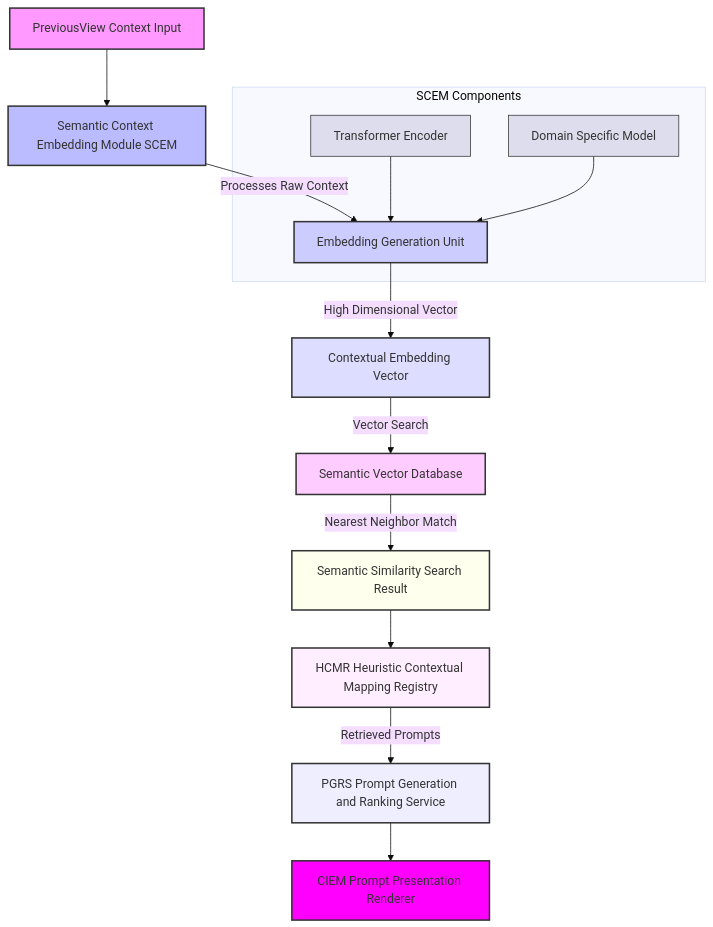
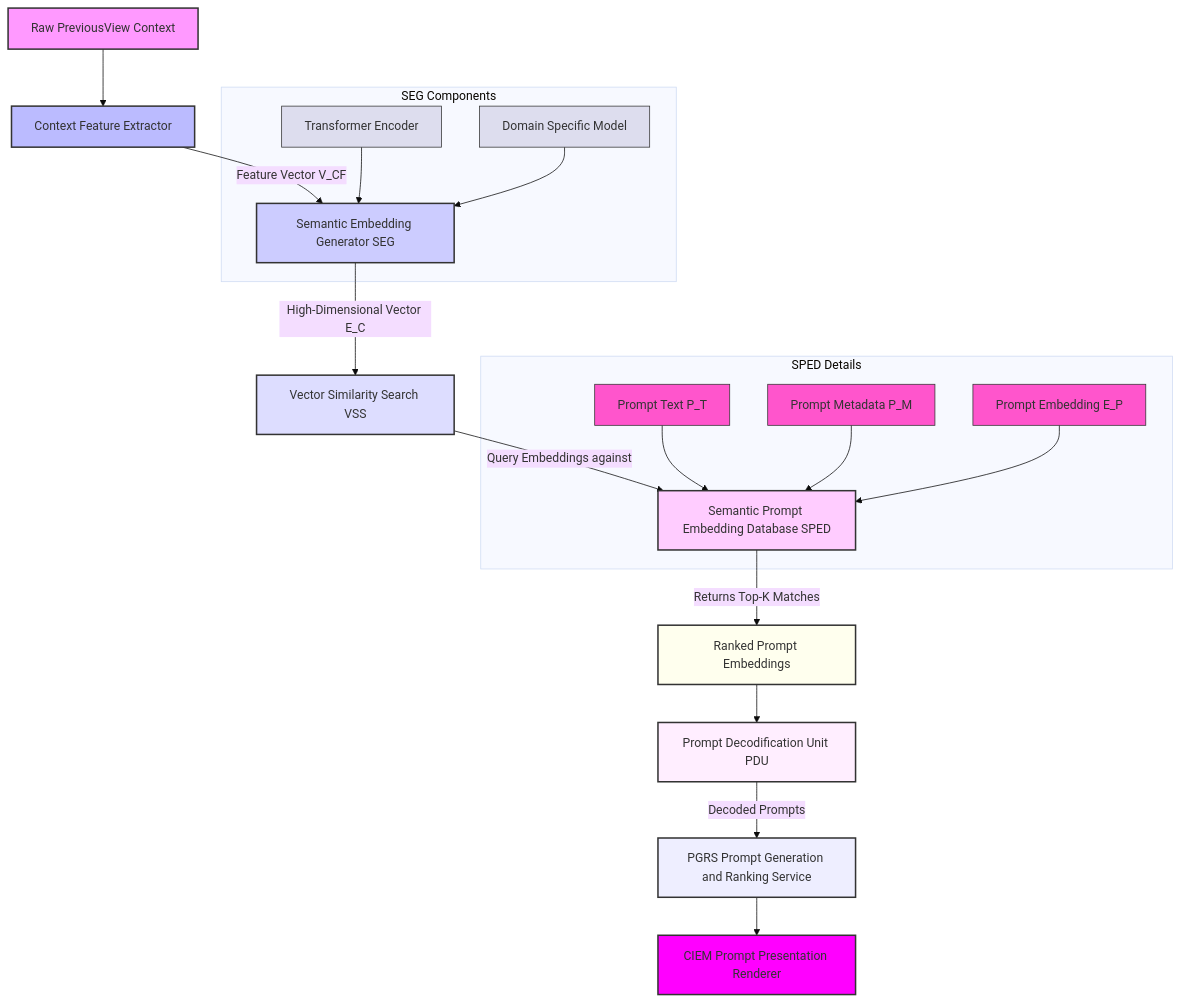
The sixth of 14 diagrams in inventions/002_ai_contextual_prompt_suggestion.md (diplomat-bit/Citibank_Demo_Business_Inc_Demonstration-), drawn with Mermaid (base theme) before and after one commit. The commit also changed other lines of this file, not shown here.

Commit message:
[AI] Edit: inventions/002_ai_contextual_prompt_suggestion.md

````diff
--- a/inventions/002_ai_contextual_prompt_suggestion.md
+++ b/inventions/002_ai_contextual_prompt_suggestion.md
@@ -313,28 +379,40 @@
 ```mermaid
 graph TD
-    A[PreviousView Context Input] --> B[Semantic Context Embedding Module SCEM]
-    B -- Processes Raw Context --> C[Embedding Generation Unit]
-    C -- High Dimensional Vector --> D[Contextual Embedding Vector]
-    D -- Vector Search --> E[Semantic Vector Database]
-    E -- Nearest Neighbor Match --> F[Semantic Similarity Search Result]
-    F --> G[HCMR Heuristic Contextual Mapping Registry]
-    G -- Retrieved Prompts --> H[PGRS Prompt Generation and Ranking Service]
+    A[Raw PreviousView Context] --> B[Context Feature Extractor]
+    B -- Feature Vector V_CF --> C[Semantic Embedding Generator SEG]
+    C -- High-Dimensional Vector E_C --> D[Vector Similarity Search VSS]
+    D -- Query Embeddings against --> E[Semantic Prompt Embedding Database SPED]
+    E -- Returns Top-K Matches --> F[Ranked Prompt Embeddings]
+    F --> G[Prompt Decodification Unit PDU]
+    G -- Decoded Prompts --> H[PGRS Prompt Generation and Ranking Service]
     H --> I[CIEM Prompt Presentation Renderer]
 
-    subgraph SCEM Components
-        C1[Transformer Encoder] --> C
-        C2[Domain Specific Model] --> C
+    subgraph SEG Components
+        C1[Transformer Encoder]
+        C2[Domain Specific Model]
+        C1 --> C
+        C2 --> C
+    end
+
+    subgraph SPED Details
+        E1[Prompt Text P_T]
+        E2[Prompt Metadata P_M]
+        E3[Prompt Embedding E_P]
+        E1 & E2 & E3 --> E
     end
 
     style A fill:#f9f,stroke:#333,stroke-width:2px
     style B fill:#bbf,stroke:#333,stroke-width:2px
     style C fill:#ccf,stroke:#333,stroke-width:2px
     style D fill:#ddf,stroke:#333,stroke-width:2px
     style E fill:#fcf,stroke:#333,stroke-width:2px
     style F fill:#ffe,stroke:#333,stroke-width:2px
-    style G fill:#fef,stroke:#333,stroke-width:2px
+    style G fill:#fef,stroke:#333,stroke:#333,stroke-width:2px
     style H fill:#eef,stroke:#333,stroke-width:2px
     style I fill:#f0f,stroke:#333,stroke-width:2px
     style C1 fill:#dde,stroke:#333,stroke-width:1px
     style C2 fill:#dde,stroke:#333,stroke-width:1px
+    style E1 fill:#f5c,stroke:#333,stroke-width:1px
+    style E2 fill:#f5c,stroke:#333,stroke-width:1px
+    style E3 fill:#f5c,stroke:#333,stroke-width:1px
 ```
````
